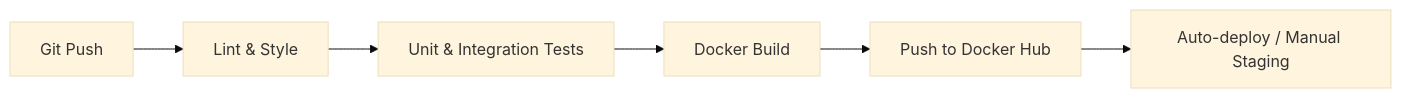
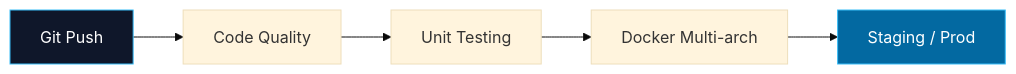
Before and after one commit to HecAguilaV/SIGA: the second of 2 diagrams in docs/technical-room/en/03-DEVELOPMENT-VIEW.mdx, drawn with Mermaid (base theme). The commit also changed other lines of this file and 11 other files, not shown here.

Commit message:
docs: arquitectura técnica 4+1 bilingüe final - alto contraste y accesibilidad / final 4+1 bilingual technical architecture - high contrast and accessibility

````diff
--- a/docs/technical-room/en/03-DEVELOPMENT-VIEW.mdx
+++ b/docs/technical-room/en/03-DEVELOPMENT-VIEW.mdx
@@ -37,8 +41,10 @@
 ```mermaid
 flowchart LR
-    Push[Git Push] --> Lint[Lint & Style]
-    Lint --> Test[Unit & Integration Tests]
-    Test --> Build[Docker Build]
-    Build --> PushHub[Push to Docker Hub]
-    PushHub --> Deploy[Auto-deploy / Manual Staging]
+    Push[Git Push] --> Lint[Code Quality]
+    Lint --> Test[Unit Testing]
+    Test --> Build[Docker Multi-arch]
+    Build --> Deploy[Staging / Prod]
+
+    style Push fill:#0f172a,stroke:#38bdf8,color:#fff
+    style Deploy fill:#0369a1,stroke:#38bdf8,color:#fff
 ```
````
